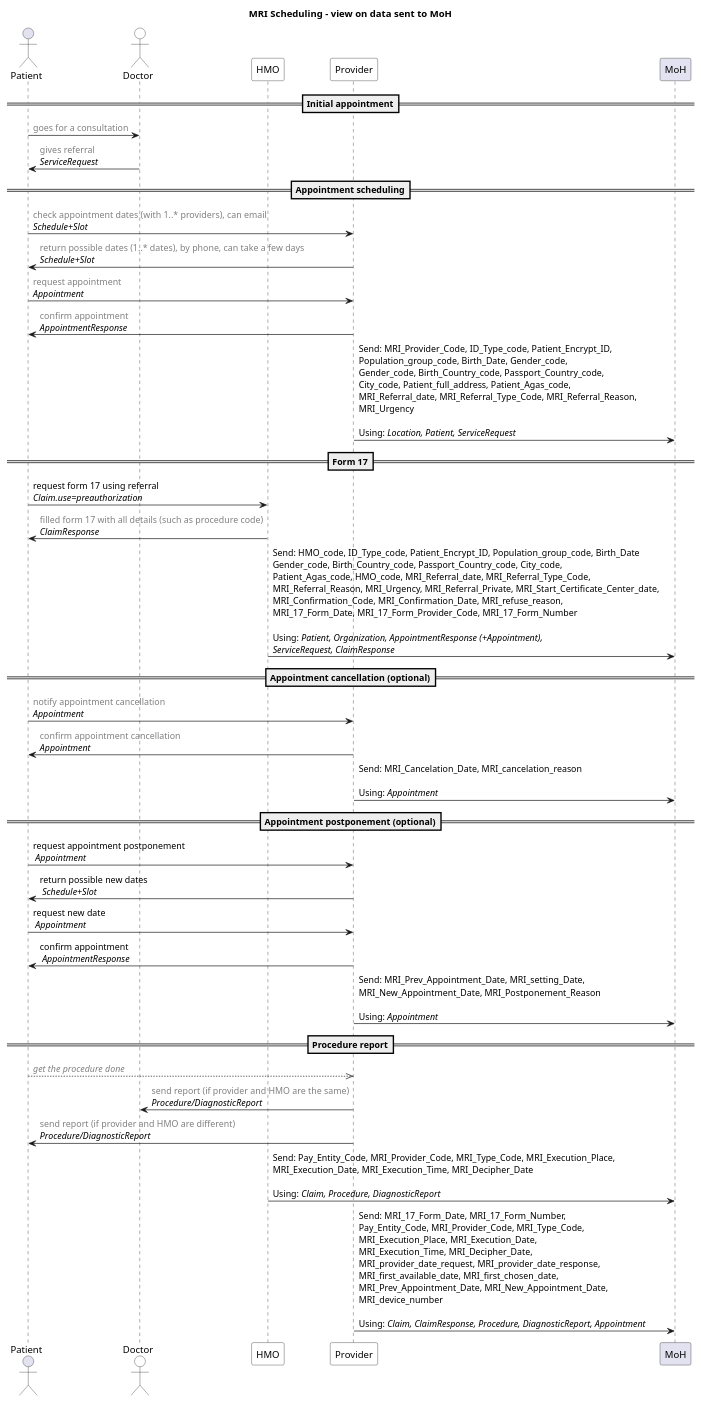
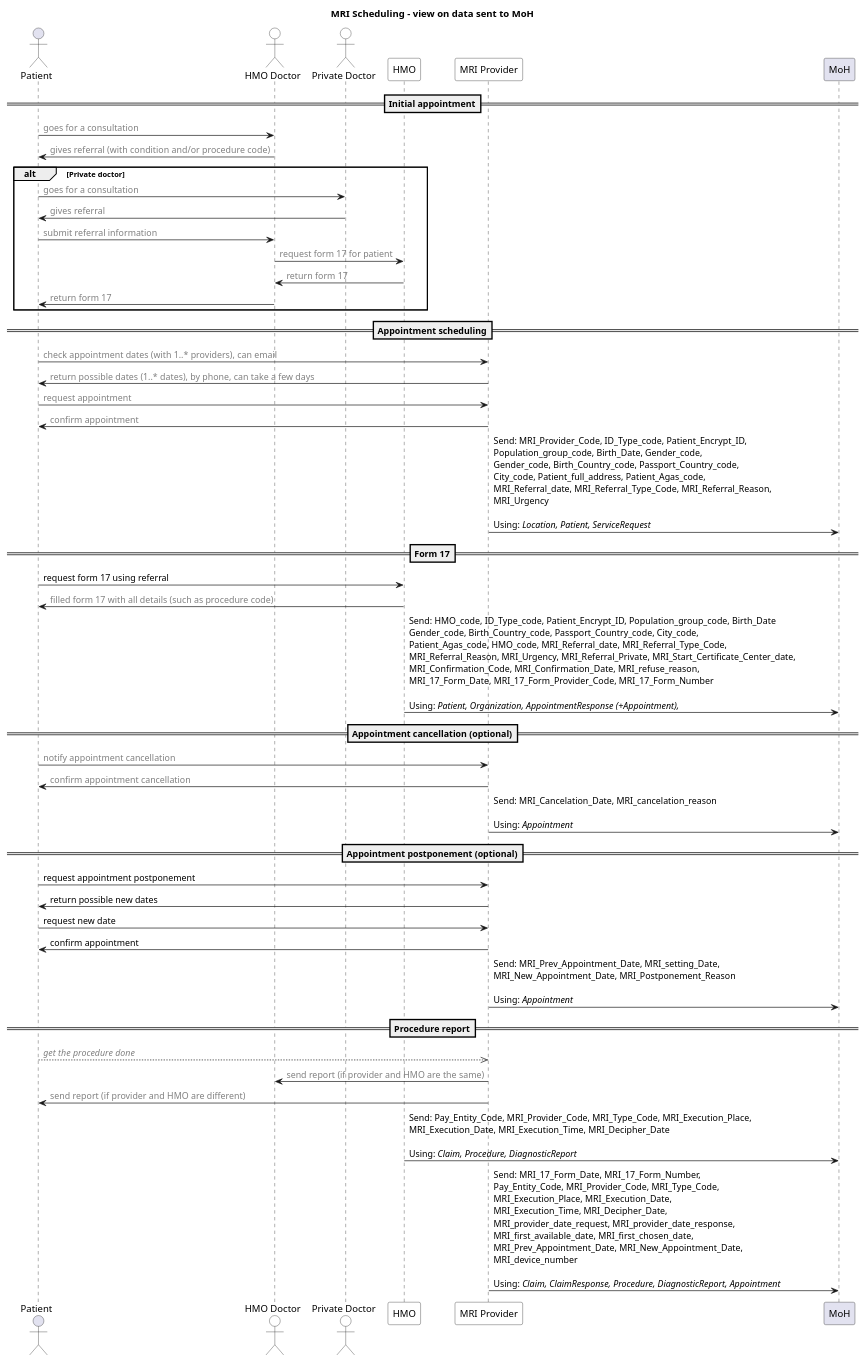
Before and after one commit to vadi2/MRI-Scheduling: the diagram in input/images-source/workflow-with-moh.plantuml, drawn with PlantUML.

Commit message:
Add private doctor to workflow diagram

```diff
--- a/input/images-source/workflow-with-moh.plantuml
+++ b/input/images-source/workflow-with-moh.plantuml
@@ -1,54 +1,65 @@
 @startuml
 'editable with https://planttext.com
 'see documentation at https://plantuml.com/sequence-diagram
 
 title "MRI Scheduling - view on data sent to MoH"
 
 actor Patient
-actor Doctor #white
+actor "HMO Doctor" #white
+actor "Private Doctor" #white
 participant HMO #white 
-participant Provider #white
+participant "MRI Provider" #white
 participant MoH
 
 == Initial appointment==
-Patient -> Doctor: <color #grey>goes for a consultation
-Doctor -> Patient: <color #grey>gives referral\n//ServiceRequest//
+Patient -> "HMO Doctor": <color #grey>goes for a consultation
+"HMO Doctor" -> Patient: <color #grey>gives referral (with condition and/or procedure code)
+
+alt Private doctor 
+    Patient -> "Private Doctor": <color #grey>goes for a consultation
+    "Private Doctor" -> Patient: <color #grey>gives referral
+
+    Patient -> "HMO Doctor": <color #grey>submit referral information
+    "HMO Doctor" -> HMO: <color #grey>request form 17 for patient
+    HMO -> "HMO Doctor": <color #grey>return form 17
+    "HMO Doctor" -> Patient: <color #grey>return form 17
+end
 
 == Appointment scheduling==
-Patient -> Provider: <color #grey>check appointment dates (with 1..* providers), can email\n//Schedule+Slot//
-Provider -> Patient: <color #grey>return possible dates (1..* dates), by phone, can take a few days\n//Schedule+Slot//
-Patient -> Provider: <color #grey>request appointment\n//Appointment//
-Provider -> Patient: <color #grey>confirm appointment\n//AppointmentResponse//
+Patient -> "MRI Provider": <color #grey>check appointment dates (with 1..* providers), can email
+"MRI Provider" -> Patient: <color #grey>return possible dates (1..* dates), by phone, can take a few days
+Patient -> "MRI Provider": <color #grey>request appointment
+"MRI Provider" -> Patient: <color #grey>confirm appointment
 
-Provider -> MoH: Send: MRI_Provider_Code, ID_Type_code, Patient_Encrypt_ID, \nPopulation_group_code, Birth_Date, Gender_code, \nGender_code, Birth_Country_code, Passport_Country_code, \nCity_code, Patient_full_address, Patient_Agas_code, \nMRI_Referral_date, MRI_Referral_Type_Code, MRI_Referral_Reason, \nMRI_Urgency\n\nUsing: //Location, Patient, ServiceRequest//
+"MRI Provider" -> MoH: Send: MRI_Provider_Code, ID_Type_code, Patient_Encrypt_ID, \nPopulation_group_code, Birth_Date, Gender_code, \nGender_code, Birth_Country_code, Passport_Country_code, \nCity_code, Patient_full_address, Patient_Agas_code, \nMRI_Referral_date, MRI_Referral_Type_Code, MRI_Referral_Reason, \nMRI_Urgency\n\nUsing: //Location, Patient, ServiceRequest//
 
 == Form 17==
-Patient -> HMO: request form 17 using referral\n//Claim.use=preauthorization//
-HMO -> Patient: <color #grey>filled form 17 with all details (such as procedure code)\n//ClaimResponse//
+Patient -> HMO: request form 17 using referral
+HMO -> Patient: <color #grey>filled form 17 with all details (such as procedure code)
 
-HMO -> MoH: Send: HMO_code, ID_Type_code, Patient_Encrypt_ID, Population_group_code, Birth_Date \nGender_code, Birth_Country_code, Passport_Country_code, City_code, \nPatient_Agas_code, HMO_code, MRI_Referral_date, MRI_Referral_Type_Code, \nMRI_Referral_Reason, MRI_Urgency, MRI_Referral_Private, MRI_Start_Certificate_Center_date,  \nMRI_Confirmation_Code, MRI_Confirmation_Date, MRI_refuse_reason, \nMRI_17_Form_Date, MRI_17_Form_Provider_Code, MRI_17_Form_Number \n\nUsing: //Patient, Organization, AppointmentResponse (+Appointment), //\n//ServiceRequest, ClaimResponse//
+HMO -> MoH: Send: HMO_code, ID_Type_code, Patient_Encrypt_ID, Population_group_code, Birth_Date \nGender_code, Birth_Country_code, Passport_Country_code, City_code, \nPatient_Agas_code, HMO_code, MRI_Referral_date, MRI_Referral_Type_Code, \nMRI_Referral_Reason, MRI_Urgency, MRI_Referral_Private, MRI_Start_Certificate_Center_date,  \nMRI_Confirmation_Code, MRI_Confirmation_Date, MRI_refuse_reason, \nMRI_17_Form_Date, MRI_17_Form_Provider_Code, MRI_17_Form_Number \n\nUsing: //Patient, Organization, AppointmentResponse (+Appointment), //
 
 == Appointment cancellation (optional)==
-Patient -> Provider: <color #grey>notify appointment cancellation\n//Appointment//
-Provider -> Patient: <color #grey>confirm appointment cancellation\n//Appointment//
+Patient -> "MRI Provider": <color #grey>notify appointment cancellation
+"MRI Provider" -> Patient: <color #grey>confirm appointment cancellation
 
-Provider -> MoH: Send: MRI_Cancelation_Date, MRI_cancelation_reason \n\nUsing: //Appointment//
+"MRI Provider" -> MoH: Send: MRI_Cancelation_Date, MRI_cancelation_reason \n\nUsing: //Appointment//
 
 == Appointment postponement (optional)==
-Patient -> Provider: request appointment postponement\n //Appointment//
-Provider -> Patient: return possible new dates\n //Schedule+Slot//
-Patient -> Provider: request new date\n //Appointment//
-Provider -> Patient: confirm appointment\n //AppointmentResponse//
+Patient -> "MRI Provider": request appointment postponement
+"MRI Provider" -> Patient: return possible new dates
+Patient -> "MRI Provider": request new date
+"MRI Provider" -> Patient: confirm appointment
 
-Provider -> MoH: Send: MRI_Prev_Appointment_Date, MRI_setting_Date, \nMRI_New_Appointment_Date, MRI_Postponement_Reason \n\nUsing: //Appointment//
+"MRI Provider" -> MoH: Send: MRI_Prev_Appointment_Date, MRI_setting_Date, \nMRI_New_Appointment_Date, MRI_Postponement_Reason \n\nUsing: //Appointment//
 
 == Procedure report==
-Patient -->> Provider: <color #grey>//get the procedure done//
-Provider -> Doctor: <color #grey>send report (if provider and HMO are the same)\n//Procedure/DiagnosticReport//
-Provider -> Patient: <color #grey>send report (if provider and HMO are different)\n//Procedure/DiagnosticReport//
+Patient -->> "MRI Provider": <color #grey>//get the procedure done//
+"MRI Provider" -> "HMO Doctor": <color #grey>send report (if provider and HMO are the same)
+"MRI Provider" -> Patient: <color #grey>send report (if provider and HMO are different)
 
 HMO -> MoH: Send: Pay_Entity_Code, MRI_Provider_Code, MRI_Type_Code, MRI_Execution_Place, \nMRI_Execution_Date, MRI_Execution_Time, MRI_Decipher_Date \n\nUsing: //Claim, Procedure, DiagnosticReport//
 
-Provider -> MoH: Send: MRI_17_Form_Date, MRI_17_Form_Number, \nPay_Entity_Code, MRI_Provider_Code, MRI_Type_Code, \nMRI_Execution_Place, MRI_Execution_Date, \nMRI_Execution_Time, MRI_Decipher_Date, \nMRI_provider_date_request, MRI_provider_date_response, \nMRI_first_available_date, MRI_first_chosen_date, \nMRI_Prev_Appointment_Date, MRI_New_Appointment_Date, \nMRI_device_number  \n\nUsing: //Claim, ClaimResponse, Procedure, DiagnosticReport, Appointment//
+"MRI Provider" -> MoH: Send: MRI_17_Form_Date, MRI_17_Form_Number, \nPay_Entity_Code, MRI_Provider_Code, MRI_Type_Code, \nMRI_Execution_Place, MRI_Execution_Date, \nMRI_Execution_Time, MRI_Decipher_Date, \nMRI_provider_date_request, MRI_provider_date_response, \nMRI_first_available_date, MRI_first_chosen_date, \nMRI_Prev_Appointment_Date, MRI_New_Appointment_Date, \nMRI_device_number  \n\nUsing: //Claim, ClaimResponse, Procedure, DiagnosticReport, Appointment//
 
 @enduml
```
